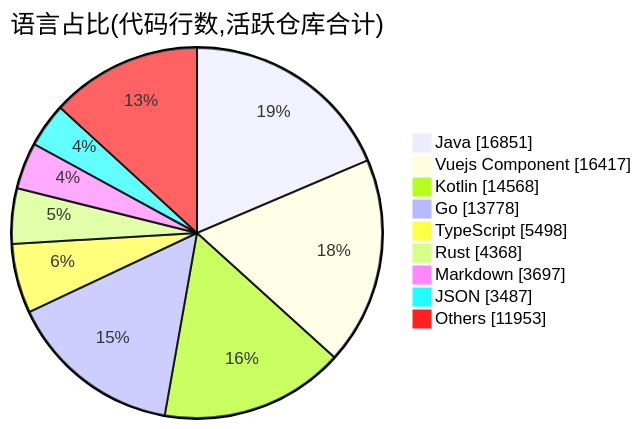
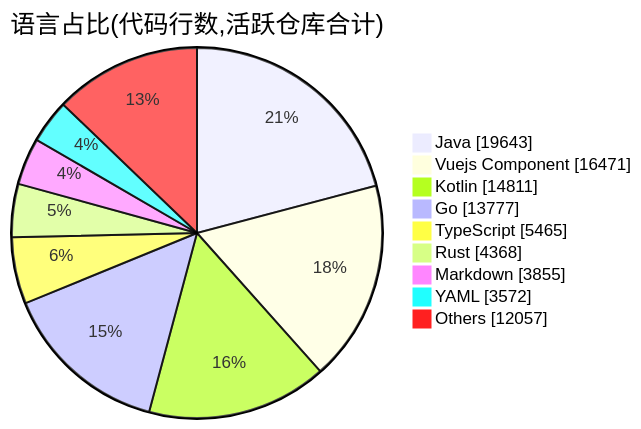
One commit to Conflux-Union/.github changed the second of 2 diagrams in profile/README.md. Above: the diagram before and after it, drawn with Mermaid. The commit also changed other lines of this file and 1 other file, not shown here.

````diff
--- a/profile/README.md
+++ b/profile/README.md
@@ -74,13 +74,13 @@
 ```mermaid
 pie showData
     title 语言占比(代码行数,活跃仓库合计)
-    "Java" : 16851
-    "Vuejs Component" : 16417
-    "Kotlin" : 14568
-    "Go" : 13778
-    "TypeScript" : 5498
+    "Java" : 19643
+    "Vuejs Component" : 16471
+    "Kotlin" : 14811
+    "Go" : 13777
+    "TypeScript" : 5465
     "Rust" : 4368
-    "Markdown" : 3697
-    "JSON" : 3487
-    "Others" : 11953
+    "Markdown" : 3855
+    "YAML" : 3572
+    "Others" : 12057
 ```
````
